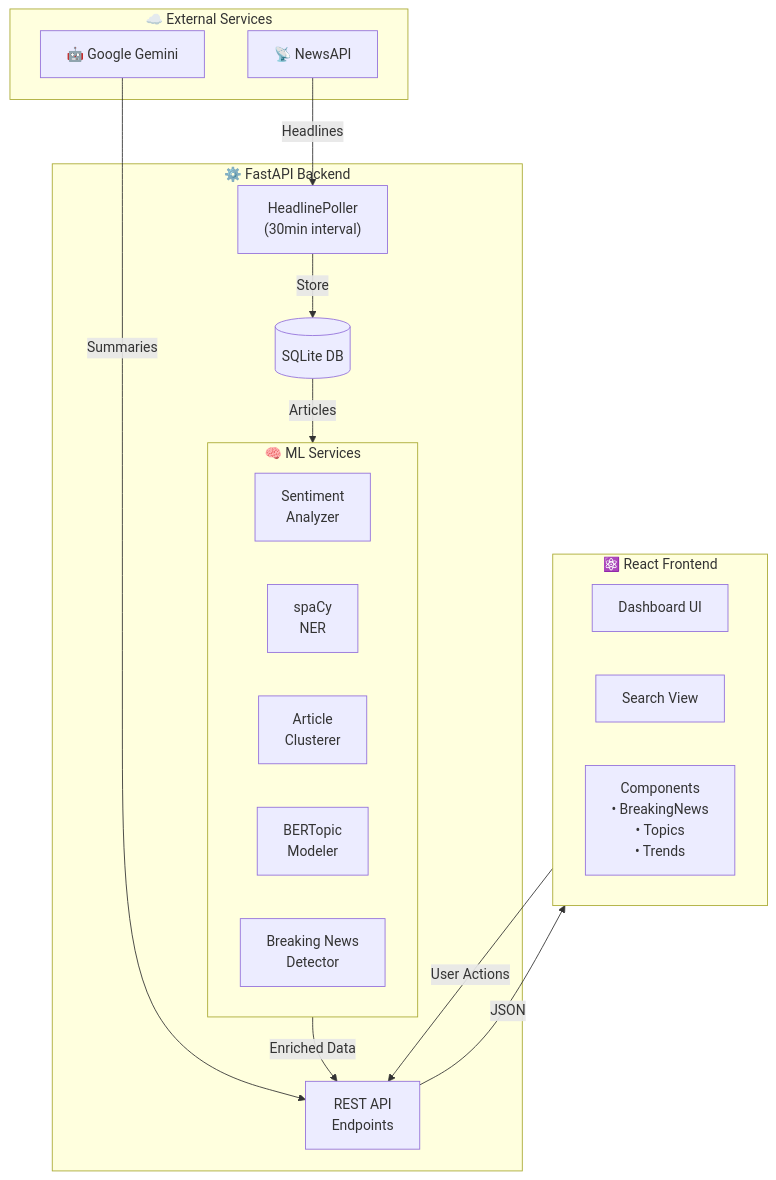
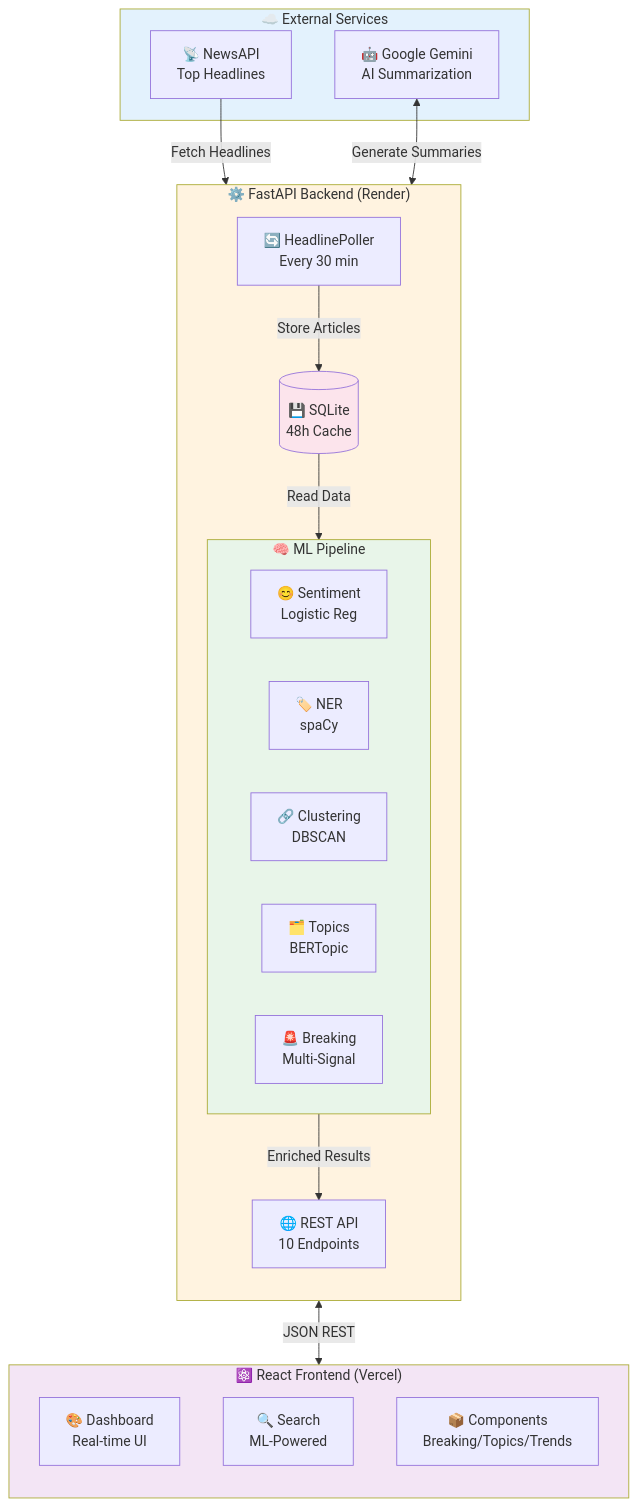
The first of 3 diagrams in README.md (SriramWorkSpace/NewsPulse), drawn with Mermaid before and after one commit. The commit also changed other lines of this file, not shown here.

Commit message:
Enhance README with better structure and improved Mermaid diagrams

````diff
--- a/README.md
+++ b/README.md
@@ -54,36 +73,44 @@
 ```mermaid
-flowchart TB
-    subgraph External["☁️ External Services"]
-        NewsAPI["📡 NewsAPI"]
-        Gemini["🤖 Google Gemini"]
+graph TB
+    subgraph external["☁️ External Services"]
+        newsapi["📡 NewsAPI<br/>Top Headlines"]
+        gemini["🤖 Google Gemini<br/>AI Summarization"]
     end
     
-    subgraph Backend["⚙️ FastAPI Backend"]
-        Poller["HeadlinePoller\n(30min interval)"]
-        DB[(SQLite DB)]
+    subgraph backend["⚙️ FastAPI Backend (Render)"]
+        direction TB
+        poller["🔄 HeadlinePoller<br/>Every 30 min"]
+        db[("💾 SQLite<br/>48h Cache")]
         
-        subgraph ML["🧠 ML Services"]
-            Sentiment["Sentiment\nAnalyzer"]
-            NER["spaCy\nNER"]
-            Clusterer["Article\nClusterer"]
-            TopicModel["BERTopic\nModeler"]
-            Breaking["Breaking News\nDetector"]
+        subgraph ml["🧠 ML Pipeline"]
+            direction LR
+            sentiment["😊 Sentiment<br/>Logistic Reg"]
+            ner["🏷️ NER<br/>spaCy"]
+            cluster["🔗 Clustering<br/>DBSCAN"]
+            topics["🗂️ Topics<br/>BERTopic"]
+            breaking["🚨 Breaking<br/>Multi-Signal"]
         end
         
-        API["REST API\nEndpoints"]
+        api["🌐 REST API<br/>10 Endpoints"]
     end
     
-    subgraph Frontend["⚛️ React Frontend"]
-        UI["Dashboard UI"]
-        Search["Search View"]
-        Components["Components\n• BreakingNews\n• Topics\n• Trends"]
+    subgraph frontend["⚛️ React Frontend (Vercel)"]
+        direction TB
+        ui["🎨 Dashboard<br/>Real-time UI"]
+        search["🔍 Search<br/>ML-Powered"]
+        components["📦 Components<br/>Breaking/Topics/Trends"]
     end
     
-    NewsAPI -->|Headlines| Poller
-    Poller -->|Store| DB
-    DB -->|Articles| ML
-    ML -->|Enriched Data| API
-    Gemini -->|Summaries| API
-    API -->|JSON| Frontend
-    Frontend -->|User Actions| API
+    newsapi -->|"Fetch Headlines"| poller
+    poller -->|"Store Articles"| db
+    db -->|"Read Data"| ml
+    ml -->|"Enriched Results"| api
+    gemini <-->|"Generate Summaries"| api
+    api <-->|"JSON REST"| frontend
+    
+    style external fill:#e3f2fd
+    style backend fill:#fff3e0
+    style frontend fill:#f3e5f5
+    style ml fill:#e8f5e9
+    style db fill:#fce4ec
 ```
````
